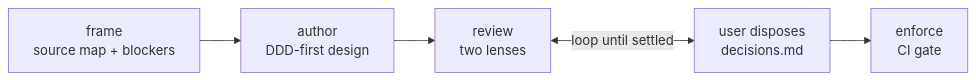
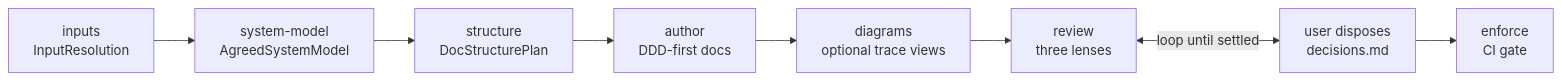
The diagram in docs/design/flows.md (agentic-workflow-kit/technical-design), drawn with Mermaid before and after one commit. The commit also changed other lines of this file and 37 other files, not shown here.

First line of the commit message:
feat: require staged design approval flow (#9)

````diff
--- a/docs/design/flows.md
+++ b/docs/design/flows.md
@@ -6,7 +8,10 @@
 ```mermaid
 flowchart LR
-    FRAME["frame<br/>source map + blockers"] --> AUTHOR["author<br/>DDD-first design"]
-    AUTHOR --> REVIEW["review<br/>two lenses"]
+    INPUTS["inputs<br/>InputResolution"] --> MODEL["system-model<br/>AgreedSystemModel"]
+    MODEL --> STRUCTURE["structure<br/>DocStructurePlan"]
+    STRUCTURE --> AUTHOR["author<br/>DDD-first docs"]
+    AUTHOR --> DIAGRAMS["diagrams<br/>optional trace views"]
+    DIAGRAMS --> REVIEW["review<br/>three lenses"]
     REVIEW <-->|loop until settled| DECIDE["user disposes<br/>decisions.md"]
     DECIDE --> ENFORCE["enforce<br/>CI gate"]
 ```
````
